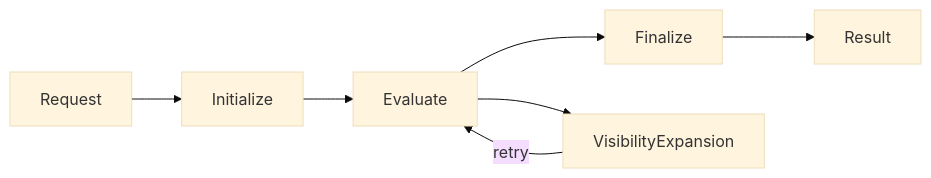
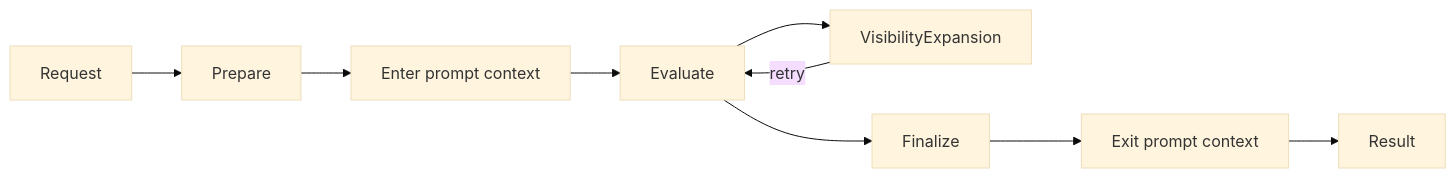
The diagram in specs/MAIN_LOOP.md (weakincentives/weakincentives), drawn with Mermaid (base theme) before and after one commit. The commit also changed other lines of this file and 107 other files, not shown here.

````diff
--- a/specs/MAIN_LOOP.md
+++ b/specs/MAIN_LOOP.md
@@ -80,7 +81,9 @@
 ```mermaid
 flowchart LR
-    Request --> Initialize --> Evaluate
-    Evaluate --> Finalize --> Result
+    Request --> Prepare --> EnterContext["Enter prompt context"]
+    EnterContext --> Evaluate
     Evaluate --> Visibility["VisibilityExpansion"]
     Visibility -->|retry| Evaluate
+    Evaluate --> Finalize --> ExitContext["Exit prompt context"]
+    ExitContext --> Result
 ```
````
